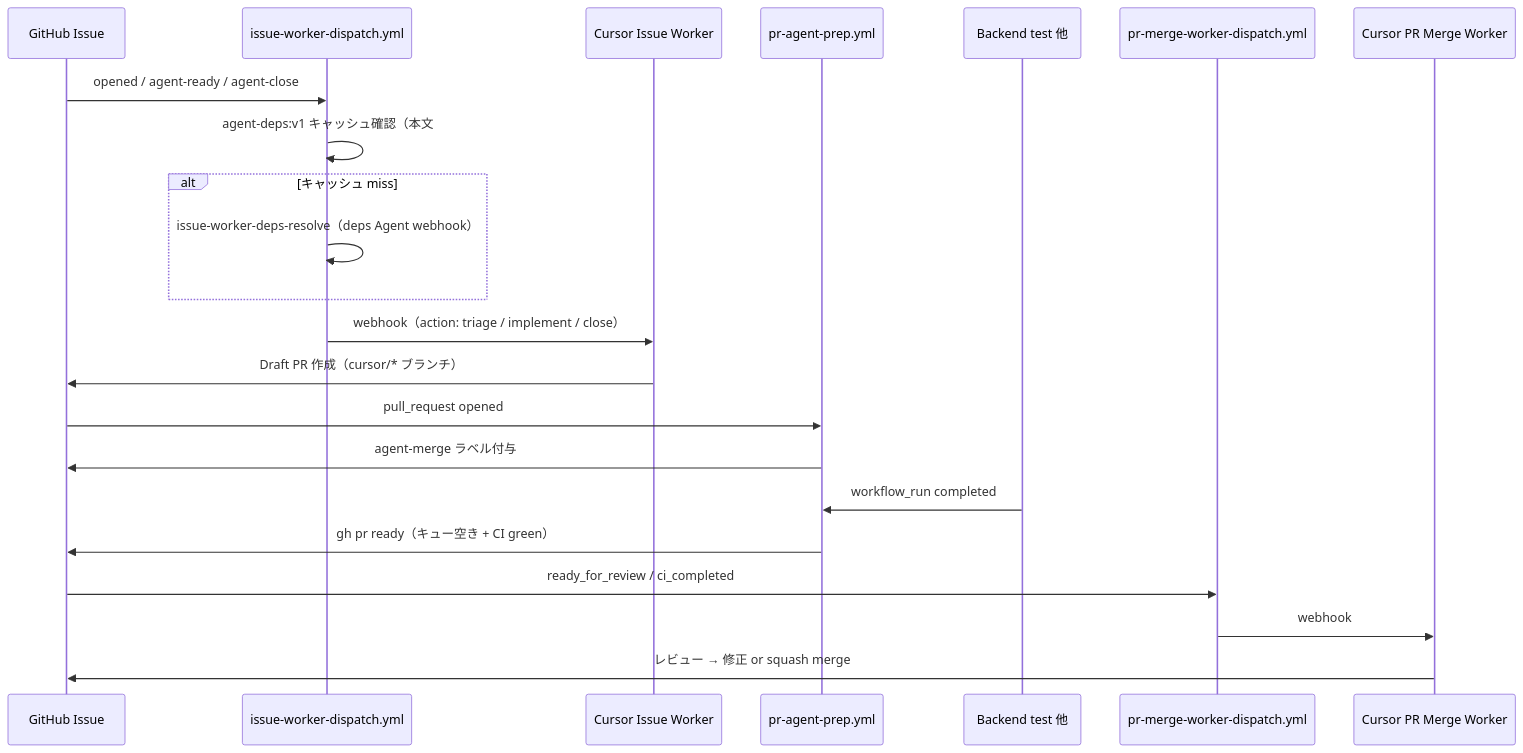
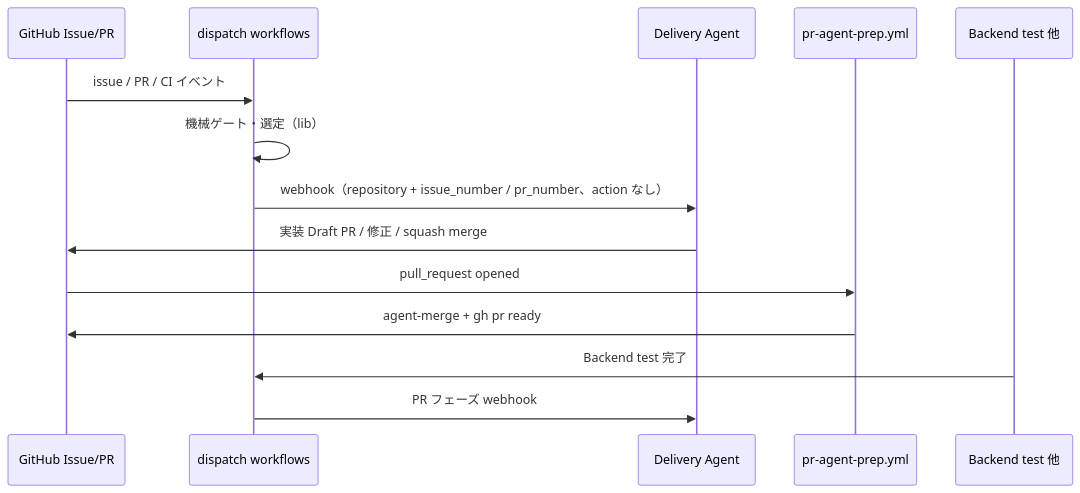
The second of 3 diagrams in docs/automation/CURSOR-AUTOMATION-AND-GITHUB-WORKFLOWS.md (rick-chick/agrr), drawn with Mermaid before and after one commit. The commit also changed other lines of this file and 22 other files, not shown here.

First line of the commit message:
feat(automation): unify Issue/Merge workers into Delivery Agent

````diff
--- a/docs/automation/CURSOR-AUTOMATION-AND-GITHUB-WORKFLOWS.md
+++ b/docs/automation/CURSOR-AUTOMATION-AND-GITHUB-WORKFLOWS.md
@@ -68,25 +68,17 @@
 ```mermaid
 sequenceDiagram
-  participant GH as GitHub Issue
-  participant IWD as issue-worker-dispatch.yml
-  participant IW as Cursor Issue Worker
+  participant GH as GitHub Issue/PR
+  participant DISP as dispatch workflows
+  participant DA as Delivery Agent
   participant PAP as pr-agent-prep.yml
   participant CI as Backend test 他
-  participant PMD as pr-merge-worker-dispatch.yml
-  participant PMW as Cursor PR Merge Worker
 
-  GH->>IWD: opened / agent-ready / agent-close
-  IWD->>IWD: agent-deps:v1 キャッシュ確認（本文 #N パースなし）
-  alt キャッシュ miss
-    IWD->>IWD: issue-worker-deps-resolve（deps Agent webhook）
-  end
-  IWD->>IW: webhook（action: triage / implement / close）
-  IW->>GH: Draft PR 作成（cursor/* ブランチ）
+  GH->>DISP: issue / PR / CI イベント
+  DISP->>DISP: 機械ゲート・選定（lib）
+  DISP->>DA: webhook（repository + issue_number / pr_number、action なし）
+  DA->>GH: 実装 Draft PR / 修正 / squash merge
   GH->>PAP: pull_request opened
-  PAP->>GH: agent-merge ラベル付与
-  CI->>PAP: workflow_run completed
-  PAP->>GH: gh pr ready（キュー空き + CI green）
-  GH->>PMD: ready_for_review / ci_completed
-  PMD->>PMW: webhook
-  PMW->>GH: レビュー → 修正 or squash merge
+  PAP->>GH: agent-merge + gh pr ready
+  CI->>DISP: Backend test 完了
+  DISP->>DA: PR フェーズ webhook
 ```
````
